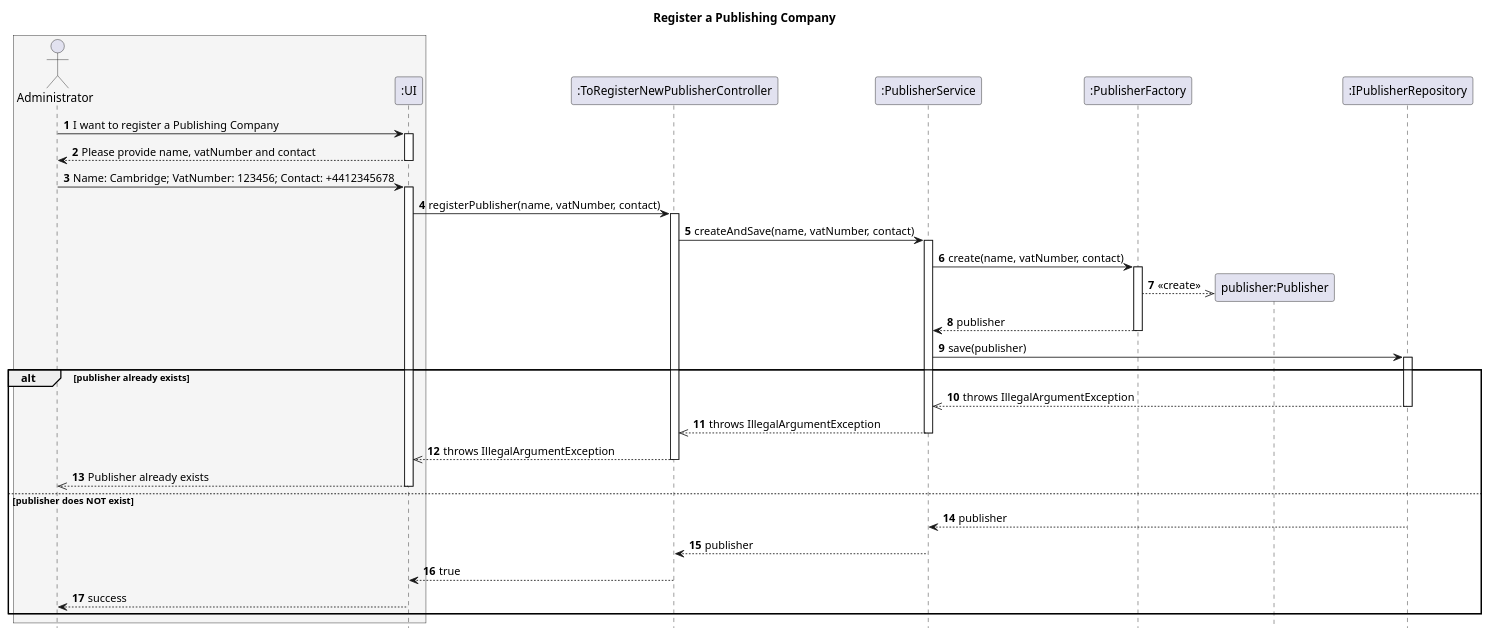
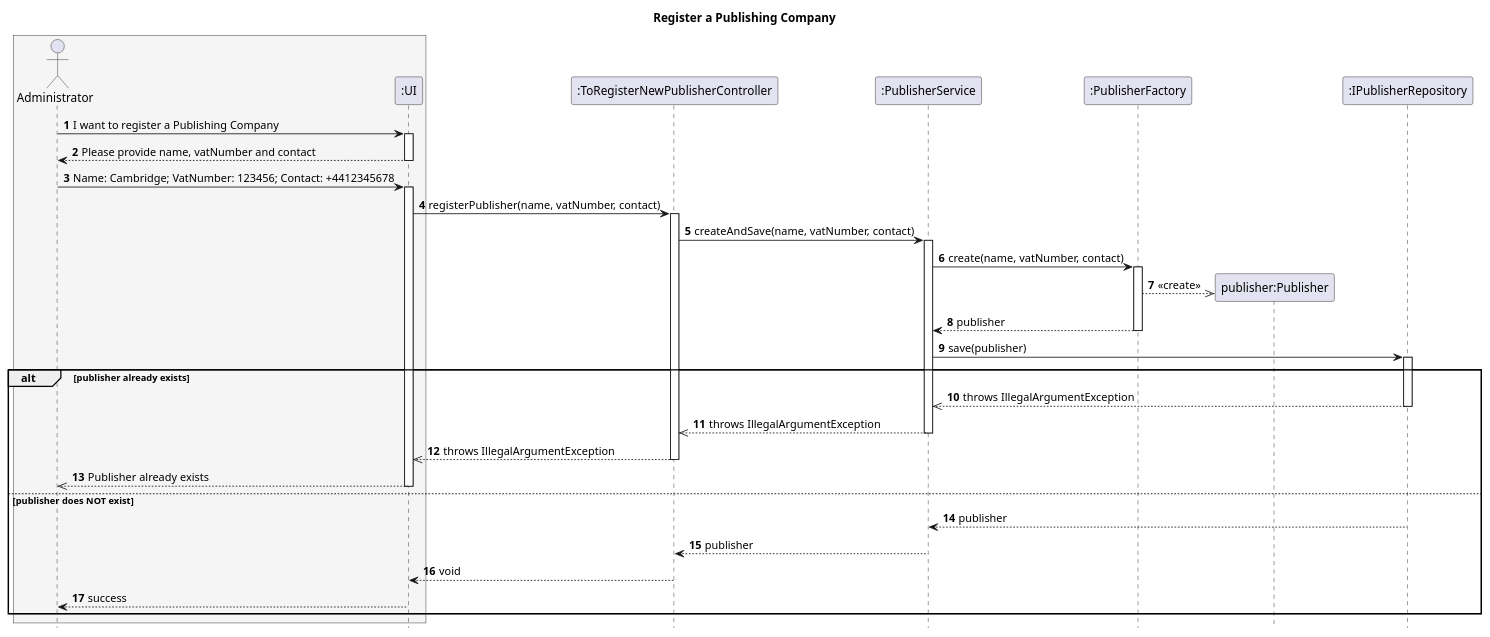
One commit to AndrePereiraGitH/SWitCH-Project-Team_A changed the diagram in Diagrams/SequenceDiagrams/N2/To-register-a-publishing-company-in-the-system.puml. Above: the diagram before and after it, drawn with PlantUML. The commit also changed 2 other files, not shown here.

Commit message:
#750 refactor registerPublisher to return void and update SD

```diff
--- a/Diagrams/SequenceDiagrams/N2/To-register-a-publishing-company-in-the-system.puml
+++ b/Diagrams/SequenceDiagrams/N2/To-register-a-publishing-company-in-the-system.puml
@@ -1,58 +1,58 @@
 @startuml
 hide footbox
 autonumber
 title Register a Publishing Company
 
 box #WhiteSmoke
 actor Administrator
 participant ":UI" as UI
 end box
 participant ":ToRegisterNewPublisherController" as Controller
 participant ":PublisherService" as Service
 participant ":PublisherFactory" as Factory
 participant "publisher:Publisher" as Publisher
 participant ":IPublisherRepository" as Repository
 
 Administrator -> UI : I want to register a Publishing Company
 activate UI
 UI --> Administrator : Please provide name, vatNumber and contact
 deactivate UI
 
 Administrator -> UI : Name: Cambridge; VatNumber: 123456; Contact: +4412345678
 activate UI
 UI -> Controller : registerPublisher(name, vatNumber, contact)
 activate Controller
 
 Controller -> Service : createAndSave(name, vatNumber, contact)
 activate Service
 
 Service -> Factory : create(name, vatNumber, contact)
 activate Factory
 Factory -->> Publisher ** : <<create>>
 Factory --> Service : publisher
 deactivate Factory
 
 Service -> Repository : save(publisher)
 activate Repository
 
 alt publisher already exists
     Repository -->> Service : throws IllegalArgumentException
     deactivate Repository
     Service -->> Controller : throws IllegalArgumentException
     deactivate Service
     Controller -->> UI : throws IllegalArgumentException
     deactivate Controller
     UI -->> Administrator : Publisher already exists
     deactivate UI
 else publisher does NOT exist
     Repository --> Service : publisher
     deactivate Repository
     Service --> Controller : publisher
     deactivate Service
-    Controller --> UI : true
+    Controller --> UI : void
     deactivate Controller
     UI --> Administrator : success
     deactivate UI
 end
 
 @enduml
```
